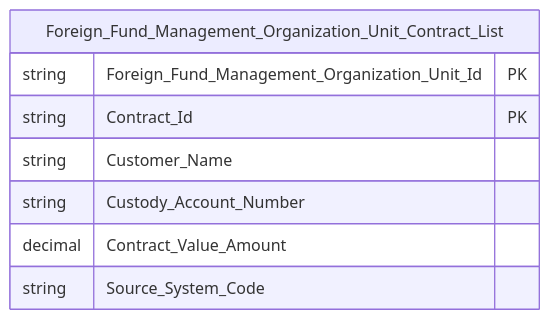
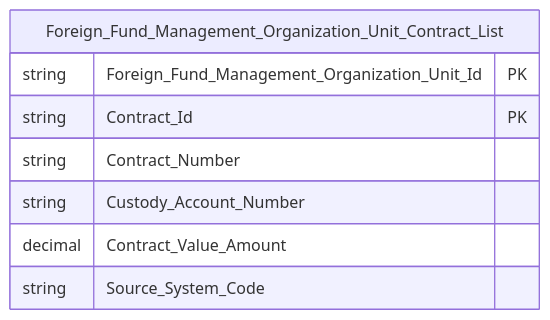
Diagram 38 of 40 in Datamart/hld/DTM_QLQ_HLD.md (linhlvit/ubck_atomic_design), drawn with Mermaid before and after one commit. The commit also changed other lines of this file and 8 other files, not shown here.

````diff
--- a/Datamart/hld/DTM_QLQ_HLD.md
+++ b/Datamart/hld/DTM_QLQ_HLD.md
@@ -1838,11 +1809,11 @@
 ```mermaid
 erDiagram
     Foreign_Fund_Management_Organization_Unit_Contract_List {
         string Foreign_Fund_Management_Organization_Unit_Id PK
         string Contract_Id PK
-        string Customer_Name
+        string Contract_Number
         string Custody_Account_Number
         decimal Contract_Value_Amount
         string Source_System_Code
     }
 ```
````
